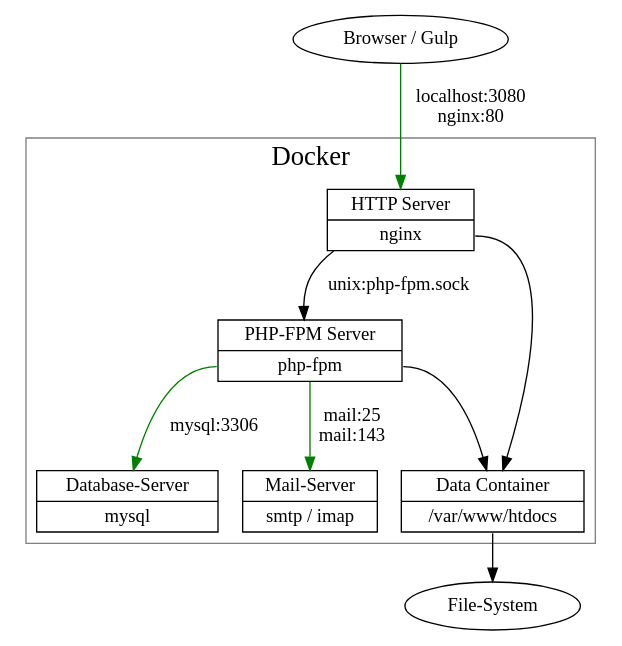
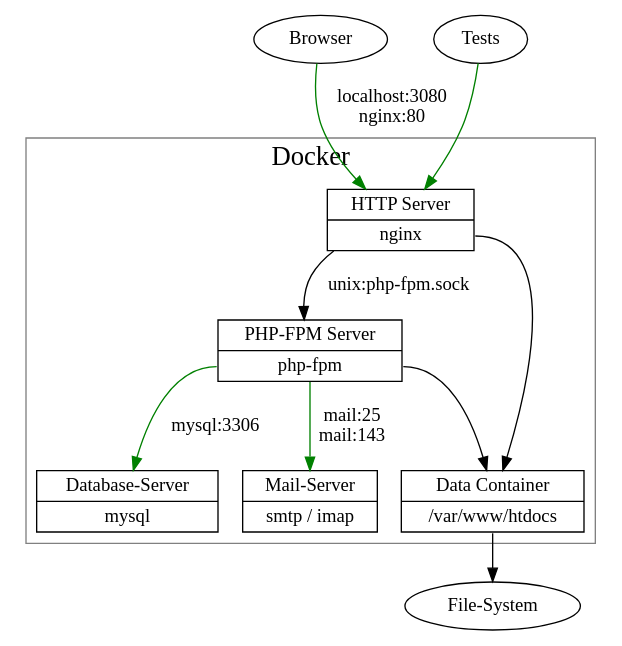
Before and after one commit to UweGerdes/frontend-development: the diagram in src/Graphviz/docker.gv, drawn with Graphviz.

Commit message:
updated docker.gv image

```diff
--- a/src/Graphviz/docker.gv
+++ b/src/Graphviz/docker.gv
@@ -1,64 +1,70 @@
 digraph Docker {
 	node [
 		fontsize = "14"
 		shape = "record"
 	];
 	edge [
 	];
 
+	"HTTP Server" [
+		label = "{ <Webserver> HTTP Server | <nginx> nginx }"
+		tooltip = "HTTP Server @GitHub"
+		URL = "https://github.com/UweGerdes/docker-nginx"
+		rank = "min"
+	];
+
 	"PHP-FPM Server" [
 		label = "{ <PHP-Server> PHP-FPM Server | <php-fpm> php-fpm }"
 		tooltip = "PHP-FPM Server @GitHub"
 		URL = "https://github.com/UweGerdes/docker-php-fpm"
-		rank = "min"
-	];
-
-	"HTTP Server" [
-		label = "{ <Webserver> HTTP Server | <nginx> nginx }"
-		tooltip = "HTTP Server @GitHub"
-		URL = "https://github.com/UweGerdes/docker-nginx"
 		rank = "min"
 	];
 
 	"Database-Server" [
 		label = "{ <DB-Server> Database-Server | <mysql> mysql }"
 		tooltip = "Database-Server @GitHub"
 		URL = "https://github.com/UweGerdes/docker-mysql"
 	];
 
 	"Mail-Server" [
 		label = "{ <Mail-Server> Mail-Server | <smtp> smtp / imap }"
 		tooltip = "Mail-Server @GitHub"
 		URL = "https://github.com/UweGerdes/docker-mail"
 	];
 
 	"Data Container" [
 		label = "{ <Data> Data Container | <htdocs> /var/www/htdocs }"
 		tooltip = "Data Container @GitHub"
 		URL = "https://github.com/UweGerdes/docker-data"
 	];
 
 	"File System" [
 		label = "File-System"
 		shape = "ellipse"
 	];
 
 	"Browser" [
-		label = "Browser / Gulp"
+		label = "Browser"
+		shape = "ellipse"
+	];
+
+	"Tests" [
+		label = "Tests"
 		shape = "ellipse"
 	];
 
 	subgraph cluster_0 {
 		label = "Docker";
 		fontsize = "20px";
 		color=grey;
 		node [style=filled,color=white];
 		"HTTP Server":"nginx" -> "Data Container" [color=black];
 		"PHP-FPM Server":"php-fpm" -> "Data Container" [color=black];
 		"HTTP Server" -> "PHP-FPM Server" [color=black, label="unix:php-fpm.sock"];
 		"PHP-FPM Server":"php-fpm" -> "Mail-Server" [color=green, label="mail:25\nmail:143"];
 		"PHP-FPM Server":"php-fpm" -> "Database-Server" [color=green, label="mysql:3306"];
 	}
 	"Browser" -> "HTTP Server" [color=green, label="localhost:3080\nnginx:80"];
+	"Tests" -> "HTTP Server" [color=green];
 	"Data Container":"htdocs" -> "File System" [color=black];
 }
```
